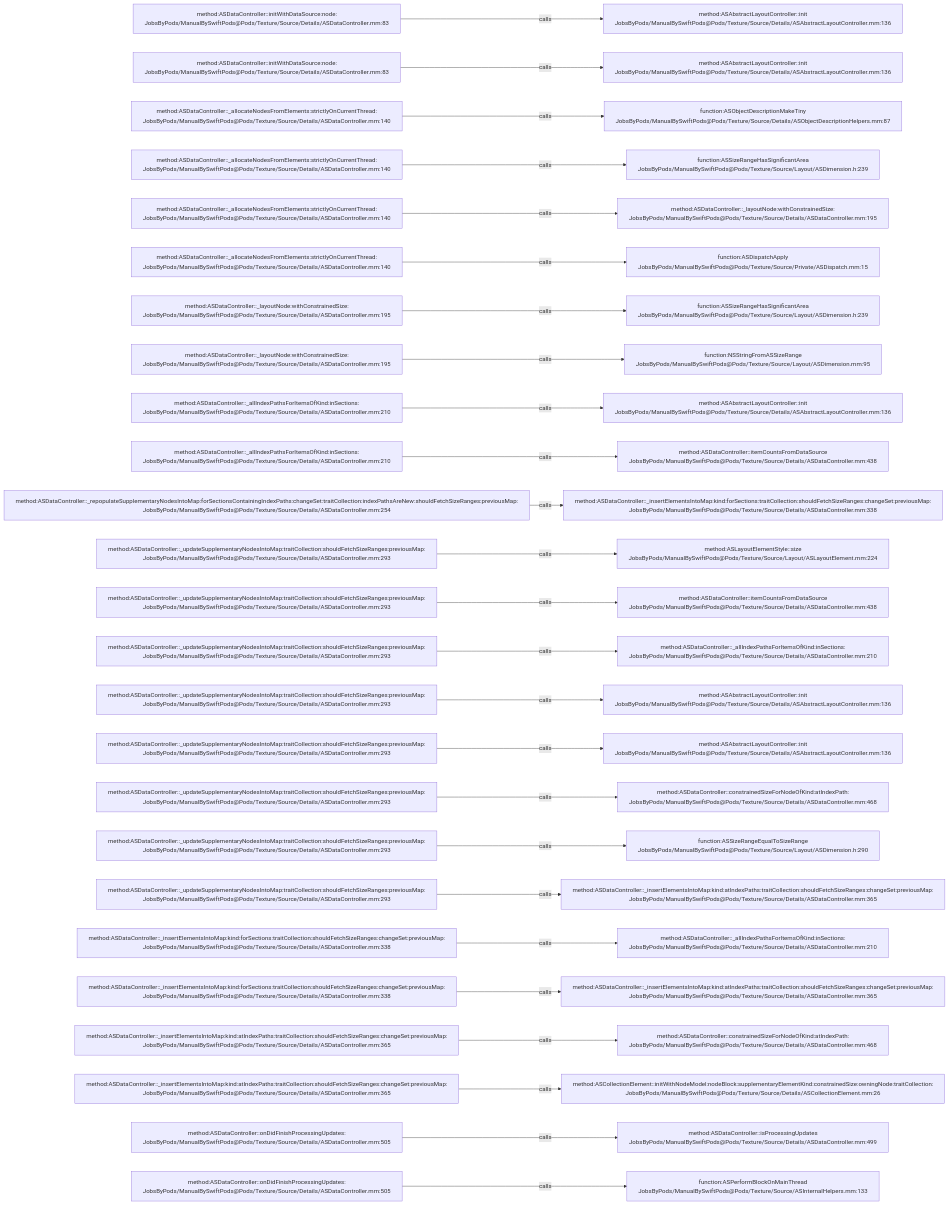
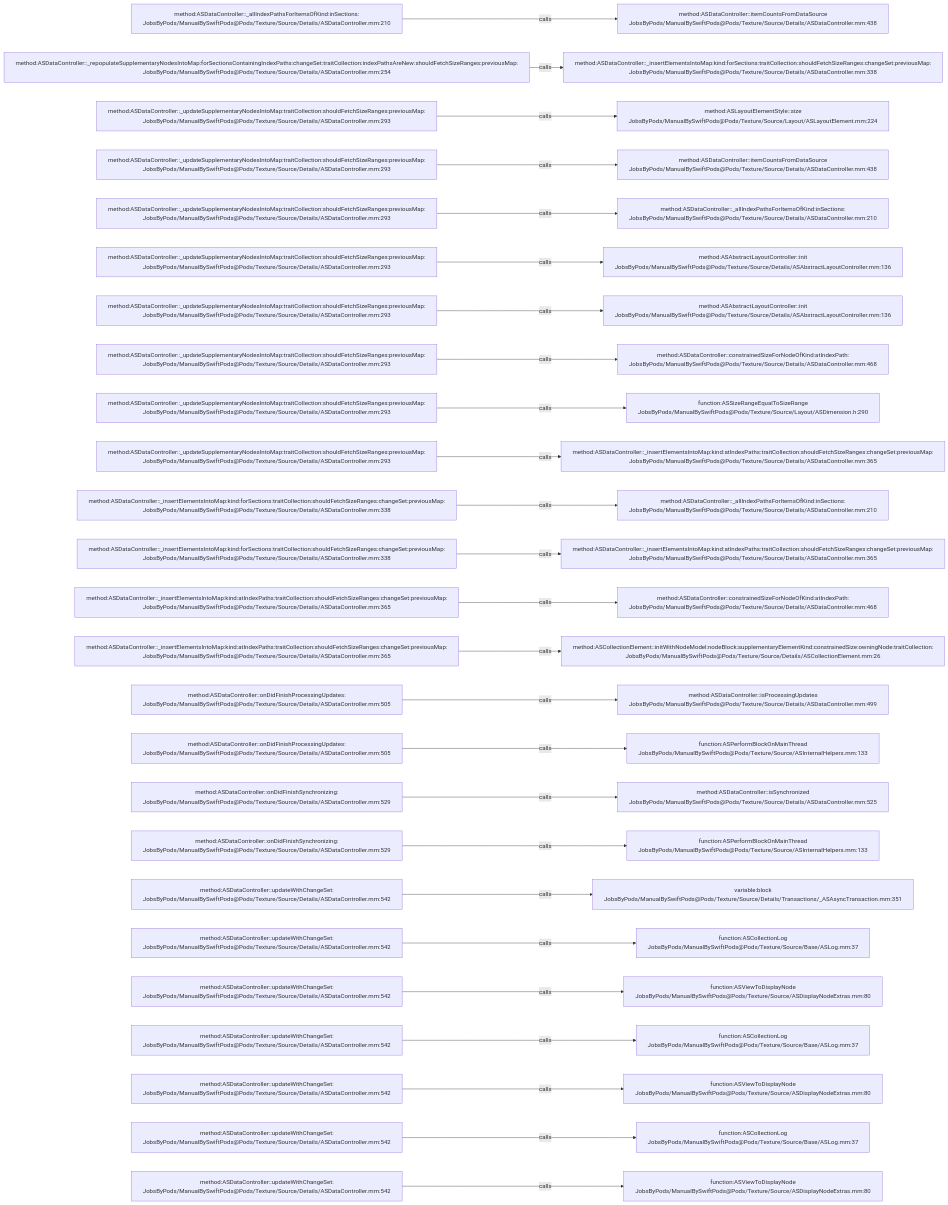
The diagram in .codegraph/codegraph.md/graphs/calls-085.md (JobsKits/JobsSwiftBaseConfigDemo), drawn with Mermaid before and after one commit. The commit also changed 707 other files, not shown here.

````diff
--- a/.codegraph/codegraph.md/graphs/calls-085.md
+++ b/.codegraph/codegraph.md/graphs/calls-085.md
@@ -13,78 +13,78 @@
 ```mermaid
 flowchart LR
-  S1["method:ASDataController::initWithDataSource:node:<br/>JobsByPods/ManualBySwiftPods@Pods/Texture/Source/Details/ASDataController.mm:83"]
-  T1["method:ASAbstractLayoutController::init<br/>JobsByPods/ManualBySwiftPods@Pods/Texture/Source/Details/ASAbstractLayoutController.mm:136"]
+  S1["method:ASDataController::_allIndexPathsForItemsOfKind:inSections:<br/>JobsByPods/ManualBySwiftPods@Pods/Texture/Source/Details/ASDataController.mm:210"]
+  T1["method:ASDataController::itemCountsFromDataSource<br/>JobsByPods/ManualBySwiftPods@Pods/Texture/Source/Details/ASDataController.mm:438"]
   S1 -->|calls| T1
-  S2["method:ASDataController::initWithDataSource:node:<br/>JobsByPods/ManualBySwiftPods@Pods/Texture/Source/Details/ASDataController.mm:83"]
-  T2["method:ASAbstractLayoutController::init<br/>JobsByPods/ManualBySwiftPods@Pods/Texture/Source/Details/ASAbstractLayoutController.mm:136"]
+  S2["method:ASDataController::_repopulateSupplementaryNodesIntoMap:forSectionsContainingIndexPaths:changeSet:traitCollection:indexPathsAreNew:shouldFetchSizeRanges:previousMap:<br/>JobsByPods/ManualBySwiftPods@Pods/Texture/Source/Details/ASDataController.mm:254"]
+  T2["method:ASDataController::_insertElementsIntoMap:kind:forSections:traitCollection:shouldFetchSizeRanges:changeSet:previousMap:<br/>JobsByPods/ManualBySwiftPods@Pods/Texture/Source/Details/ASDataController.mm:338"]
   S2 -->|calls| T2
-  S3["method:ASDataController::_allocateNodesFromElements:strictlyOnCurrentThread:<br/>JobsByPods/ManualBySwiftPods@Pods/Texture/Source/Details/ASDataController.mm:140"]
-  T3["function:ASObjectDescriptionMakeTiny<br/>JobsByPods/ManualBySwiftPods@Pods/Texture/Source/Details/ASObjectDescriptionHelpers.mm:87"]
+  S3["method:ASDataController::_updateSupplementaryNodesIntoMap:traitCollection:shouldFetchSizeRanges:previousMap:<br/>JobsByPods/ManualBySwiftPods@Pods/Texture/Source/Details/ASDataController.mm:293"]
+  T3["method:ASLayoutElementStyle::size<br/>JobsByPods/ManualBySwiftPods@Pods/Texture/Source/Layout/ASLayoutElement.mm:224"]
   S3 -->|calls| T3
-  S4["method:ASDataController::_allocateNodesFromElements:strictlyOnCurrentThread:<br/>JobsByPods/ManualBySwiftPods@Pods/Texture/Source/Details/ASDataController.mm:140"]
-  T4["function:ASSizeRangeHasSignificantArea<br/>JobsByPods/ManualBySwiftPods@Pods/Texture/Source/Layout/ASDimension.h:239"]
+  S4["method:ASDataController::_updateSupplementaryNodesIntoMap:traitCollection:shouldFetchSizeRanges:previousMap:<br/>JobsByPods/ManualBySwiftPods@Pods/Texture/Source/Details/ASDataController.mm:293"]
+  T4["method:ASDataController::itemCountsFromDataSource<br/>JobsByPods/ManualBySwiftPods@Pods/Texture/Source/Details/ASDataController.mm:438"]
   S4 -->|calls| T4
-  S5["method:ASDataController::_allocateNodesFromElements:strictlyOnCurrentThread:<br/>JobsByPods/ManualBySwiftPods@Pods/Texture/Source/Details/ASDataController.mm:140"]
-  T5["method:ASDataController::_layoutNode:withConstrainedSize:<br/>JobsByPods/ManualBySwiftPods@Pods/Texture/Source/Details/ASDataController.mm:195"]
+  S5["method:ASDataController::_updateSupplementaryNodesIntoMap:traitCollection:shouldFetchSizeRanges:previousMap:<br/>JobsByPods/ManualBySwiftPods@Pods/Texture/Source/Details/ASDataController.mm:293"]
+  T5["method:ASDataController::_allIndexPathsForItemsOfKind:inSections:<br/>JobsByPods/ManualBySwiftPods@Pods/Texture/Source/Details/ASDataController.mm:210"]
   S5 -->|calls| T5
-  S6["method:ASDataController::_allocateNodesFromElements:strictlyOnCurrentThread:<br/>JobsByPods/ManualBySwiftPods@Pods/Texture/Source/Details/ASDataController.mm:140"]
-  T6["function:ASDispatchApply<br/>JobsByPods/ManualBySwiftPods@Pods/Texture/Source/Private/ASDispatch.mm:15"]
+  S6["method:ASDataController::_updateSupplementaryNodesIntoMap:traitCollection:shouldFetchSizeRanges:previousMap:<br/>JobsByPods/ManualBySwiftPods@Pods/Texture/Source/Details/ASDataController.mm:293"]
+  T6["method:ASAbstractLayoutController::init<br/>JobsByPods/ManualBySwiftPods@Pods/Texture/Source/Details/ASAbstractLayoutController.mm:136"]
   S6 -->|calls| T6
-  S7["method:ASDataController::_layoutNode:withConstrainedSize:<br/>JobsByPods/ManualBySwiftPods@Pods/Texture/Source/Details/ASDataController.mm:195"]
-  T7["function:ASSizeRangeHasSignificantArea<br/>JobsByPods/ManualBySwiftPods@Pods/Texture/Source/Layout/ASDimension.h:239"]
+  S7["method:ASDataController::_updateSupplementaryNodesIntoMap:traitCollection:shouldFetchSizeRanges:previousMap:<br/>JobsByPods/ManualBySwiftPods@Pods/Texture/Source/Details/ASDataController.mm:293"]
+  T7["method:ASAbstractLayoutController::init<br/>JobsByPods/ManualBySwiftPods@Pods/Texture/Source/Details/ASAbstractLayoutController.mm:136"]
   S7 -->|calls| T7
-  S8["method:ASDataController::_layoutNode:withConstrainedSize:<br/>JobsByPods/ManualBySwiftPods@Pods/Texture/Source/Details/ASDataController.mm:195"]
-  T8["function:NSStringFromASSizeRange<br/>JobsByPods/ManualBySwiftPods@Pods/Texture/Source/Layout/ASDimension.mm:95"]
+  S8["method:ASDataController::_updateSupplementaryNodesIntoMap:traitCollection:shouldFetchSizeRanges:previousMap:<br/>JobsByPods/ManualBySwiftPods@Pods/Texture/Source/Details/ASDataController.mm:293"]
+  T8["method:ASDataController::constrainedSizeForNodeOfKind:atIndexPath:<br/>JobsByPods/ManualBySwiftPods@Pods/Texture/Source/Details/ASDataController.mm:468"]
   S8 -->|calls| T8
-  S9["method:ASDataController::_allIndexPathsForItemsOfKind:inSections:<br/>JobsByPods/ManualBySwiftPods@Pods/Texture/Source/Details/ASDataController.mm:210"]
-  T9["method:ASAbstractLayoutController::init<br/>JobsByPods/ManualBySwiftPods@Pods/Texture/Source/Details/ASAbstractLayoutController.mm:136"]
+  S9["method:ASDataController::_updateSupplementaryNodesIntoMap:traitCollection:shouldFetchSizeRanges:previousMap:<br/>JobsByPods/ManualBySwiftPods@Pods/Texture/Source/Details/ASDataController.mm:293"]
+  T9["function:ASSizeRangeEqualToSizeRange<br/>JobsByPods/ManualBySwiftPods@Pods/Texture/Source/Layout/ASDimension.h:290"]
   S9 -->|calls| T9
-  S10["method:ASDataController::_allIndexPathsForItemsOfKind:inSections:<br/>JobsByPods/ManualBySwiftPods@Pods/Texture/Source/Details/ASDataController.mm:210"]
-  T10["method:ASDataController::itemCountsFromDataSource<br/>JobsByPods/ManualBySwiftPods@Pods/Texture/Source/Details/ASDataController.mm:438"]
+  S10["method:ASDataController::_updateSupplementaryNodesIntoMap:traitCollection:shouldFetchSizeRanges:previousMap:<br/>JobsByPods/ManualBySwiftPods@Pods/Texture/Source/Details/ASDataController.mm:293"]
+  T10["method:ASDataController::_insertElementsIntoMap:kind:atIndexPaths:traitCollection:shouldFetchSizeRanges:changeSet:previousMap:<br/>JobsByPods/ManualBySwiftPods@Pods/Texture/Source/Details/ASDataController.mm:365"]
   S10 -->|calls| T10
-  S11["method:ASDataController::_repopulateSupplementaryNodesIntoMap:forSectionsContainingIndexPaths:changeSet:traitCollection:indexPathsAreNew:shouldFetchSizeRanges:previousMap:<br/>JobsByPods/ManualBySwiftPods@Pods/Texture/Source/Details/ASDataController.mm:254"]
-  T11["method:ASDataController::_insertElementsIntoMap:kind:forSections:traitCollection:shouldFetchSizeRanges:changeSet:previousMap:<br/>JobsByPods/ManualBySwiftPods@Pods/Texture/Source/Details/ASDataController.mm:338"]
+  S11["method:ASDataController::_insertElementsIntoMap:kind:forSections:traitCollection:shouldFetchSizeRanges:changeSet:previousMap:<br/>JobsByPods/ManualBySwiftPods@Pods/Texture/Source/Details/ASDataController.mm:338"]
+  T11["method:ASDataController::_allIndexPathsForItemsOfKind:inSections:<br/>JobsByPods/ManualBySwiftPods@Pods/Texture/Source/Details/ASDataController.mm:210"]
   S11 -->|calls| T11
-  S12["method:ASDataController::_updateSupplementaryNodesIntoMap:traitCollection:shouldFetchSizeRanges:previousMap:<br/>JobsByPods/ManualBySwiftPods@Pods/Texture/Source/Details/ASDataController.mm:293"]
-  T12["method:ASLayoutElementStyle::size<br/>JobsByPods/ManualBySwiftPods@Pods/Texture/Source/Layout/ASLayoutElement.mm:224"]
+  S12["method:ASDataController::_insertElementsIntoMap:kind:forSections:traitCollection:shouldFetchSizeRanges:changeSet:previousMap:<br/>JobsByPods/ManualBySwiftPods@Pods/Texture/Source/Details/ASDataController.mm:338"]
+  T12["method:ASDataController::_insertElementsIntoMap:kind:atIndexPaths:traitCollection:shouldFetchSizeRanges:changeSet:previousMap:<br/>JobsByPods/ManualBySwiftPods@Pods/Texture/Source/Details/ASDataController.mm:365"]
   S12 -->|calls| T12
-  S13["method:ASDataController::_updateSupplementaryNodesIntoMap:traitCollection:shouldFetchSizeRanges:previousMap:<br/>JobsByPods/ManualBySwiftPods@Pods/Texture/Source/Details/ASDataController.mm:293"]
-  T13["method:ASDataController::itemCountsFromDataSource<br/>JobsByPods/ManualBySwiftPods@Pods/Texture/Source/Details/ASDataController.mm:438"]
+  S13["method:ASDataController::_insertElementsIntoMap:kind:atIndexPaths:traitCollection:shouldFetchSizeRanges:changeSet:previousMap:<br/>JobsByPods/ManualBySwiftPods@Pods/Texture/Source/Details/ASDataController.mm:365"]
+  T13["method:ASDataController::constrainedSizeForNodeOfKind:atIndexPath:<br/>JobsByPods/ManualBySwiftPods@Pods/Texture/Source/Details/ASDataController.mm:468"]
   S13 -->|calls| T13
-  S14["method:ASDataController::_updateSupplementaryNodesIntoMap:traitCollection:shouldFetchSizeRanges:previousMap:<br/>JobsByPods/ManualBySwiftPods@Pods/Texture/Source/Details/ASDataController.mm:293"]
-  T14["method:ASDataController::_allIndexPathsForItemsOfKind:inSections:<br/>JobsByPods/ManualBySwiftPods@Pods/Texture/Source/Details/ASDataController.mm:210"]
+  S14["method:ASDataController::_insertElementsIntoMap:kind:atIndexPaths:traitCollection:shouldFetchSizeRanges:changeSet:previousMap:<br/>JobsByPods/ManualBySwiftPods@Pods/Texture/Source/Details/ASDataController.mm:365"]
+  T14["method:ASCollectionElement::initWithNodeModel:nodeBlock:supplementaryElementKind:constrainedSize:owningNode:traitCollection:<br/>JobsByPods/ManualBySwiftPods@Pods/Texture/Source/Details/ASCollectionElement.mm:26"]
   S14 -->|calls| T14
-  S15["method:ASDataController::_updateSupplementaryNodesIntoMap:traitCollection:shouldFetchSizeRanges:previousMap:<br/>JobsByPods/ManualBySwiftPods@Pods/Texture/Source/Details/ASDataController.mm:293"]
-  T15["method:ASAbstractLayoutController::init<br/>JobsByPods/ManualBySwiftPods@Pods/Texture/Source/Details/ASAbstractLayoutController.mm:136"]
+  S15["method:ASDataController::onDidFinishProcessingUpdates:<br/>JobsByPods/ManualBySwiftPods@Pods/Texture/Source/Details/ASDataController.mm:505"]
+  T15["method:ASDataController::isProcessingUpdates<br/>JobsByPods/ManualBySwiftPods@Pods/Texture/Source/Details/ASDataController.mm:499"]
   S15 -->|calls| T15
-  S16["method:ASDataController::_updateSupplementaryNodesIntoMap:traitCollection:shouldFetchSizeRanges:previousMap:<br/>JobsByPods/ManualBySwiftPods@Pods/Texture/Source/Details/ASDataController.mm:293"]
-  T16["method:ASAbstractLayoutController::init<br/>JobsByPods/ManualBySwiftPods@Pods/Texture/Source/Details/ASAbstractLayoutController.mm:136"]
+  S16["method:ASDataController::onDidFinishProcessingUpdates:<br/>JobsByPods/ManualBySwiftPods@Pods/Texture/Source/Details/ASDataController.mm:505"]
+  T16["function:ASPerformBlockOnMainThread<br/>JobsByPods/ManualBySwiftPods@Pods/Texture/Source/ASInternalHelpers.mm:133"]
   S16 -->|calls| T16
-  S17["method:ASDataController::_updateSupplementaryNodesIntoMap:traitCollection:shouldFetchSizeRanges:previousMap:<br/>JobsByPods/ManualBySwiftPods@Pods/Texture/Source/Details/ASDataController.mm:293"]
-  T17["method:ASDataController::constrainedSizeForNodeOfKind:atIndexPath:<br/>JobsByPods/ManualBySwiftPods@Pods/Texture/Source/Details/ASDataController.mm:468"]
+  S17["method:ASDataController::onDidFinishSynchronizing:<br/>JobsByPods/ManualBySwiftPods@Pods/Texture/Source/Details/ASDataController.mm:529"]
+  T17["method:ASDataController::isSynchronized<br/>JobsByPods/ManualBySwiftPods@Pods/Texture/Source/Details/ASDataController.mm:525"]
   S17 -->|calls| T17
-  S18["method:ASDataController::_updateSupplementaryNodesIntoMap:traitCollection:shouldFetchSizeRanges:previousMap:<br/>JobsByPods/ManualBySwiftPods@Pods/Texture/Source/Details/ASDataController.mm:293"]
-  T18["function:ASSizeRangeEqualToSizeRange<br/>JobsByPods/ManualBySwiftPods@Pods/Texture/Source/Layout/ASDimension.h:290"]
+  S18["method:ASDataController::onDidFinishSynchronizing:<br/>JobsByPods/ManualBySwiftPods@Pods/Texture/Source/Details/ASDataController.mm:529"]
+  T18["function:ASPerformBlockOnMainThread<br/>JobsByPods/ManualBySwiftPods@Pods/Texture/Source/ASInternalHelpers.mm:133"]
   S18 -->|calls| T18
-  S19["method:ASDataController::_updateSupplementaryNodesIntoMap:traitCollection:shouldFetchSizeRanges:previousMap:<br/>JobsByPods/ManualBySwiftPods@Pods/Texture/Source/Details/ASDataController.mm:293"]
-  T19["method:ASDataController::_insertElementsIntoMap:kind:atIndexPaths:traitCollection:shouldFetchSizeRanges:changeSet:previousMap:<br/>JobsByPods/ManualBySwiftPods@Pods/Texture/Source/Details/ASDataController.mm:365"]
+  S19["method:ASDataController::updateWithChangeSet:<br/>JobsByPods/ManualBySwiftPods@Pods/Texture/Source/Details/ASDataController.mm:542"]
+  T19["variable:block<br/>JobsByPods/ManualBySwiftPods@Pods/Texture/Source/Details/Transactions/_ASAsyncTransaction.mm:351"]
   S19 -->|calls| T19
-  S20["method:ASDataController::_insertElementsIntoMap:kind:forSections:traitCollection:shouldFetchSizeRanges:changeSet:previousMap:<br/>JobsByPods/ManualBySwiftPods@Pods/Texture/Source/Details/ASDataController.mm:338"]
-  T20["method:ASDataController::_allIndexPathsForItemsOfKind:inSections:<br/>JobsByPods/ManualBySwiftPods@Pods/Texture/Source/Details/ASDataController.mm:210"]
+  S20["method:ASDataController::updateWithChangeSet:<br/>JobsByPods/ManualBySwiftPods@Pods/Texture/Source/Details/ASDataController.mm:542"]
+  T20["function:ASCollectionLog<br/>JobsByPods/ManualBySwiftPods@Pods/Texture/Source/Base/ASLog.mm:37"]
   S20 -->|calls| T20
-  S21["method:ASDataController::_insertElementsIntoMap:kind:forSections:traitCollection:shouldFetchSizeRanges:changeSet:previousMap:<br/>JobsByPods/ManualBySwiftPods@Pods/Texture/Source/Details/ASDataController.mm:338"]
-  T21["method:ASDataController::_insertElementsIntoMap:kind:atIndexPaths:traitCollection:shouldFetchSizeRanges:changeSet:previousMap:<br/>JobsByPods/ManualBySwiftPods@Pods/Texture/Source/Details/ASDataController.mm:365"]
+  S21["method:ASDataController::updateWithChangeSet:<br/>JobsByPods/ManualBySwiftPods@Pods/Texture/Source/Details/ASDataController.mm:542"]
+  T21["function:ASViewToDisplayNode<br/>JobsByPods/ManualBySwiftPods@Pods/Texture/Source/ASDisplayNodeExtras.mm:80"]
   S21 -->|calls| T21
-  S22["method:ASDataController::_insertElementsIntoMap:kind:atIndexPaths:traitCollection:shouldFetchSizeRanges:changeSet:previousMap:<br/>JobsByPods/ManualBySwiftPods@Pods/Texture/Source/Details/ASDataController.mm:365"]
-  T22["method:ASDataController::constrainedSizeForNodeOfKind:atIndexPath:<br/>JobsByPods/ManualBySwiftPods@Pods/Texture/Source/Details/ASDataController.mm:468"]
+  S22["method:ASDataController::updateWithChangeSet:<br/>JobsByPods/ManualBySwiftPods@Pods/Texture/Source/Details/ASDataController.mm:542"]
+  T22["function:ASCollectionLog<br/>JobsByPods/ManualBySwiftPods@Pods/Texture/Source/Base/ASLog.mm:37"]
   S22 -->|calls| T22
-  S23["method:ASDataController::_insertElementsIntoMap:kind:atIndexPaths:traitCollection:shouldFetchSizeRanges:changeSet:previousMap:<br/>JobsByPods/ManualBySwiftPods@Pods/Texture/Source/Details/ASDataController.mm:365"]
-  T23["method:ASCollectionElement::initWithNodeModel:nodeBlock:supplementaryElementKind:constrainedSize:owningNode:traitCollection:<br/>JobsByPods/ManualBySwiftPods@Pods/Texture/Source/Details/ASCollectionElement.mm:26"]
+  S23["method:ASDataController::updateWithChangeSet:<br/>JobsByPods/ManualBySwiftPods@Pods/Texture/Source/Details/ASDataController.mm:542"]
+  T23["function:ASViewToDisplayNode<br/>JobsByPods/ManualBySwiftPods@Pods/Texture/Source/ASDisplayNodeExtras.mm:80"]
   S23 -->|calls| T23
-  S24["method:ASDataController::onDidFinishProcessingUpdates:<br/>JobsByPods/ManualBySwiftPods@Pods/Texture/Source/Details/ASDataController.mm:505"]
-  T24["method:ASDataController::isProcessingUpdates<br/>JobsByPods/ManualBySwiftPods@Pods/Texture/Source/Details/ASDataController.mm:499"]
+  S24["method:ASDataController::updateWithChangeSet:<br/>JobsByPods/ManualBySwiftPods@Pods/Texture/Source/Details/ASDataController.mm:542"]
+  T24["function:ASCollectionLog<br/>JobsByPods/ManualBySwiftPods@Pods/Texture/Source/Base/ASLog.mm:37"]
   S24 -->|calls| T24
-  S25["method:ASDataController::onDidFinishProcessingUpdates:<br/>JobsByPods/ManualBySwiftPods@Pods/Texture/Source/Details/ASDataController.mm:505"]
-  T25["function:ASPerformBlockOnMainThread<br/>JobsByPods/ManualBySwiftPods@Pods/Texture/Source/ASInternalHelpers.mm:133"]
+  S25["method:ASDataController::updateWithChangeSet:<br/>JobsByPods/ManualBySwiftPods@Pods/Texture/Source/Details/ASDataController.mm:542"]
+  T25["function:ASViewToDisplayNode<br/>JobsByPods/ManualBySwiftPods@Pods/Texture/Source/ASDisplayNodeExtras.mm:80"]
   S25 -->|calls| T25
 ```
````
